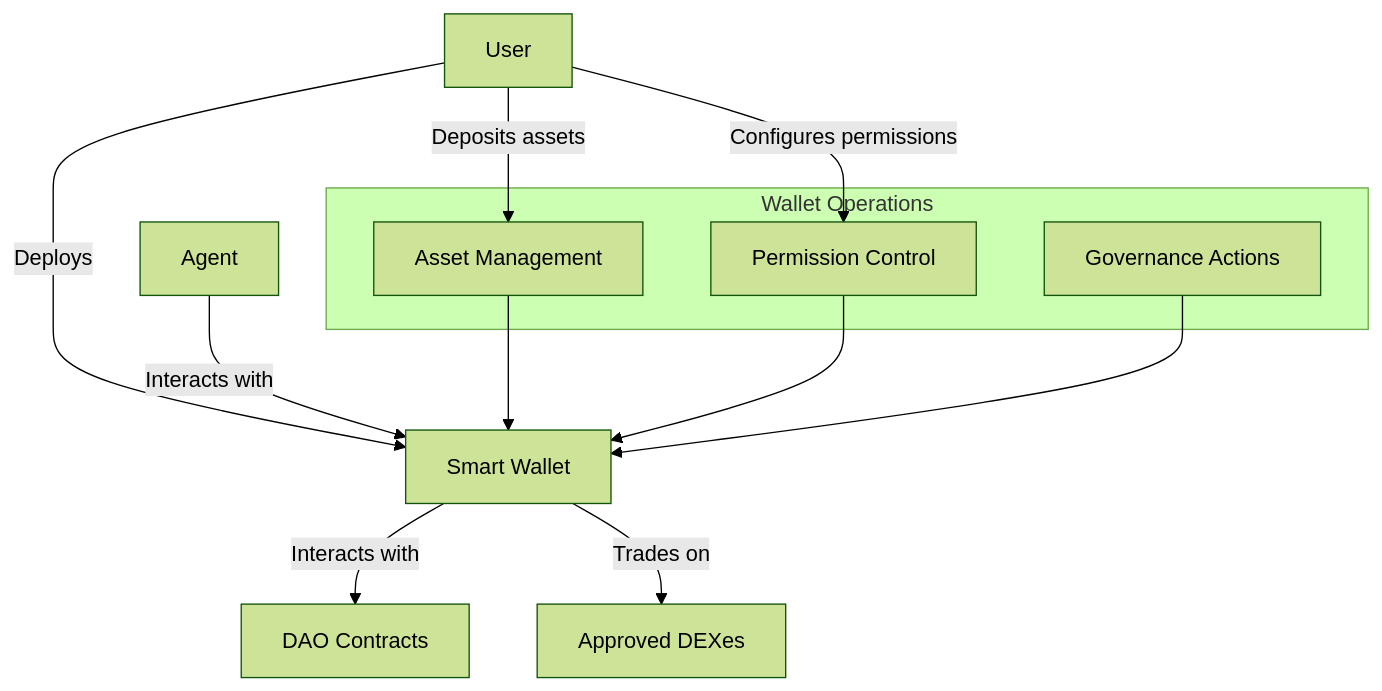
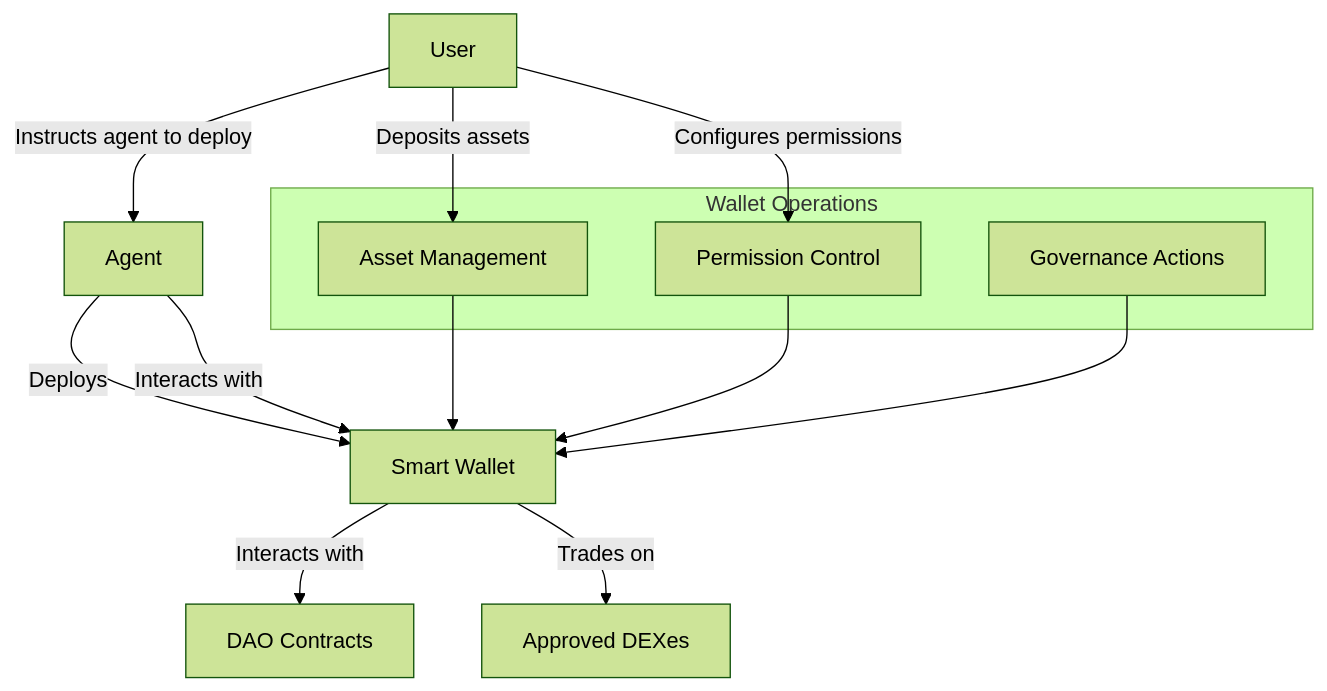
One commit to aibtcdev/aibtcdev-docs changed the diagram in templates/agent-tool-example.md. Above: the diagram before and after it, drawn with Mermaid (forest theme). The commit also changed other lines of this file, not shown here.

Commit message:
docs: clarify agent deployment flow in smart wallet tool example

````diff
--- a/templates/agent-tool-example.md
+++ b/templates/agent-tool-example.md
@@ -39,24 +39,25 @@
 ```mermaid
 flowchart TD
     A["User"]
     B["Agent"]
     C["Smart Wallet"]
     D["DAO Contracts"]
     E["Approved DEXes"]
     
     subgraph Wallet Operations
         CA["Asset Management"]
         CB["Permission Control"]
         CC["Governance Actions"]
     end
     
-    A -->|"Deploys"| C
+    A -->|"Instructs agent to deploy"| B
+    B -->|"Deploys"| C
     A -->|"Deposits assets"| CA
     A -->|"Configures permissions"| CB
     B -->|"Interacts with"| C
     CA --> C
     CB --> C
     CC --> C
     C -->|"Interacts with"| D
     C -->|"Trades on"| E
 ```
````
